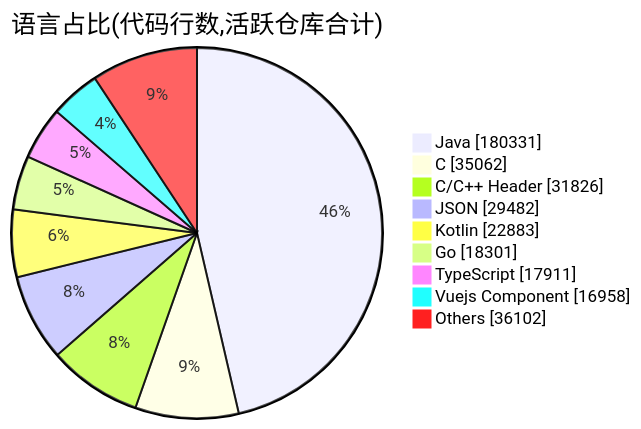
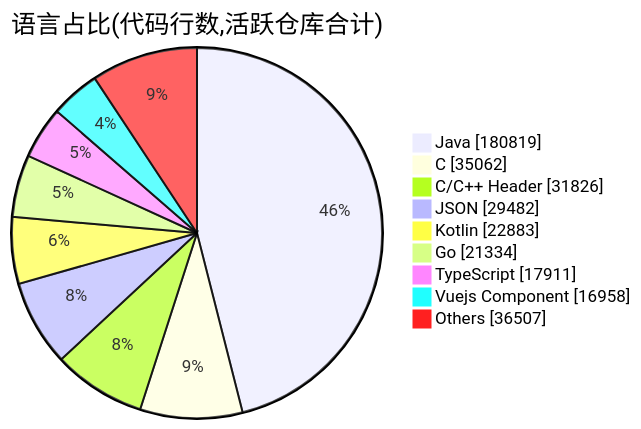
One commit to Conflux-Union/.github changed the second of 2 diagrams in profile/README.md. Above: the diagram before and after it, drawn with Mermaid. The commit also changed other lines of this file and 1 other file, not shown here.

````diff
--- a/profile/README.md
+++ b/profile/README.md
@@ -80,13 +80,13 @@
 ```mermaid
 pie showData
     title 语言占比(代码行数,活跃仓库合计)
-    "Java" : 180331
+    "Java" : 180819
     "C" : 35062
     "C/C++ Header" : 31826
     "JSON" : 29482
     "Kotlin" : 22883
-    "Go" : 18301
+    "Go" : 21334
     "TypeScript" : 17911
     "Vuejs Component" : 16958
-    "Others" : 36102
+    "Others" : 36507
 ```
````
